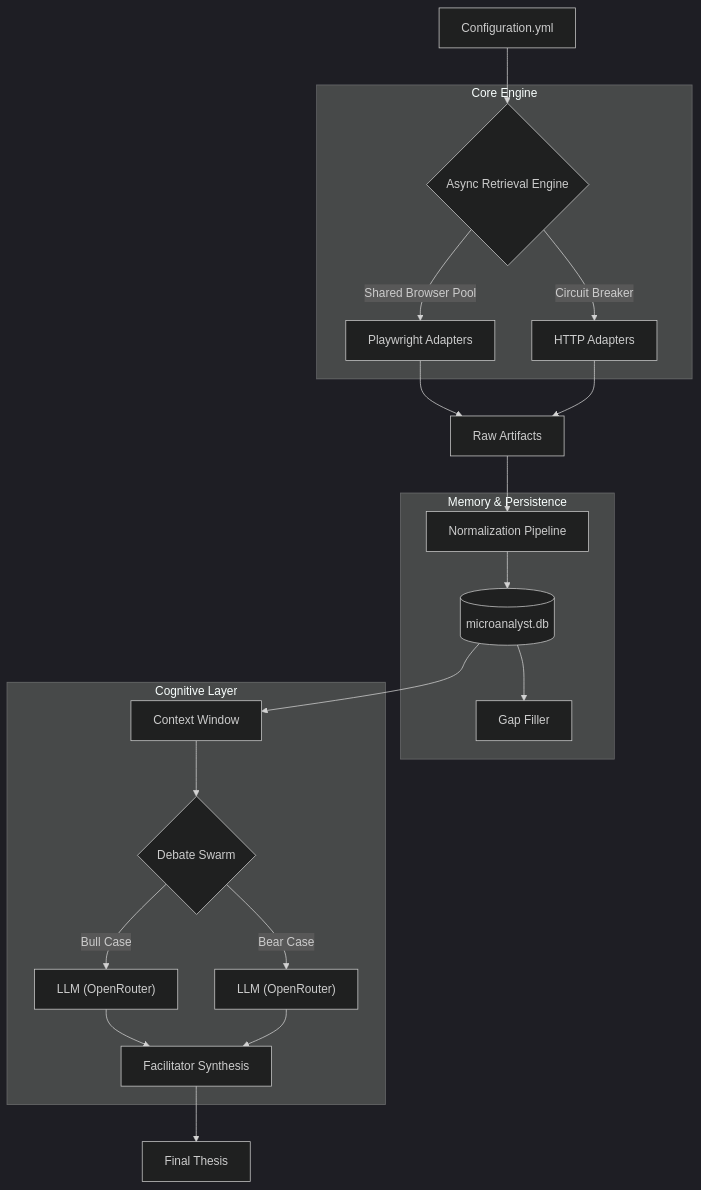
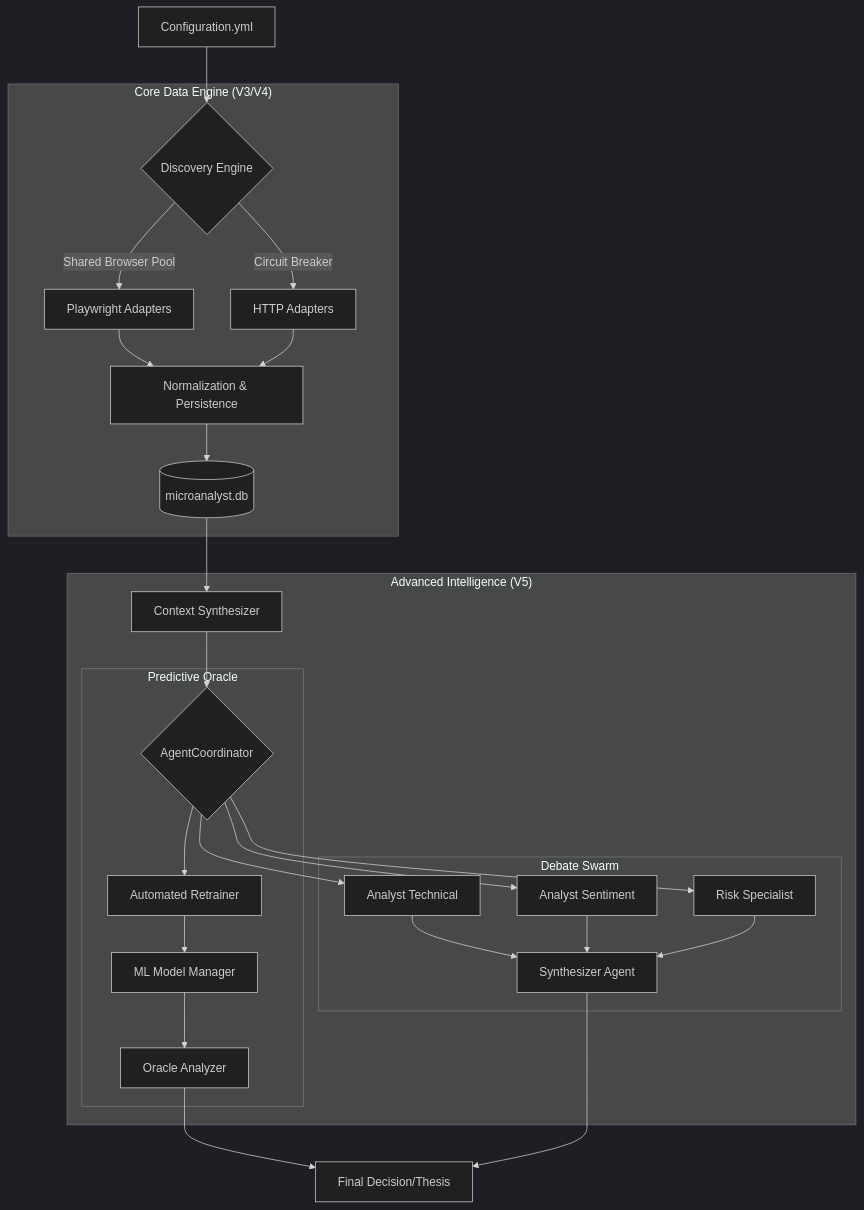
The diagram in README.md (JackSmack1971/antigravity-microanalyst), drawn with Mermaid (dark theme) before and after one commit. The commit also changed other lines of this file and 4 other files, not shown here.

````diff
--- a/README.md
+++ b/README.md
@@ -65,29 +65,31 @@
 ```mermaid
 flowchart TD
-    A[Configuration.yml] --> B{Async Retrieval Engine}
+    A[Configuration.yml] --> B{Discovery Engine}
 
-    subgraph "Core Engine"
+    subgraph "Core Data Engine (V3/V4)"
         B -->|Shared Browser Pool| C[Playwright Adapters]
         B -->|Circuit Breaker| D[HTTP Adapters]
+        C & D --> E[Normalization & Persistence]
+        E --> F[(microanalyst.db)]
     end
 
-    C --> E[Raw Artifacts]
-    D --> E
+    subgraph "Advanced Intelligence (V5)"
+        F --> G[Context Synthesizer]
+        G --> H{AgentCoordinator}
+        
+        subgraph "Predictive Oracle"
+            H --> I[Automated Retrainer]
+            I --> J[ML Model Manager]
+            J --> K[Oracle Analyzer]
+        end
 
-    E --> F[Normalization Pipeline]
-    
-    subgraph "Memory & Persistence"
-        F --> G[(microanalyst.db)]
-        G --> H[Gap Filler]
+        subgraph "Debate Swarm"
+            H --> L[Analyst Technical]
+            H --> M[Analyst Sentiment]
+            H --> N[Risk Specialist]
+            L & M & N --> O[Synthesizer Agent]
+        end
     end
 
-    subgraph "Cognitive Layer"
-        G --> I[Context Window]
-        I --> J{Debate Swarm}
-        J -->|Bull Case| K["LLM (OpenRouter)"]
-        J -->|Bear Case| L["LLM (OpenRouter)"]
-        K & L --> M[Facilitator Synthesis]
-    end
-
-    M --> N[Final Thesis]
+    K & O --> P[Final Decision/Thesis]
 ```
````
